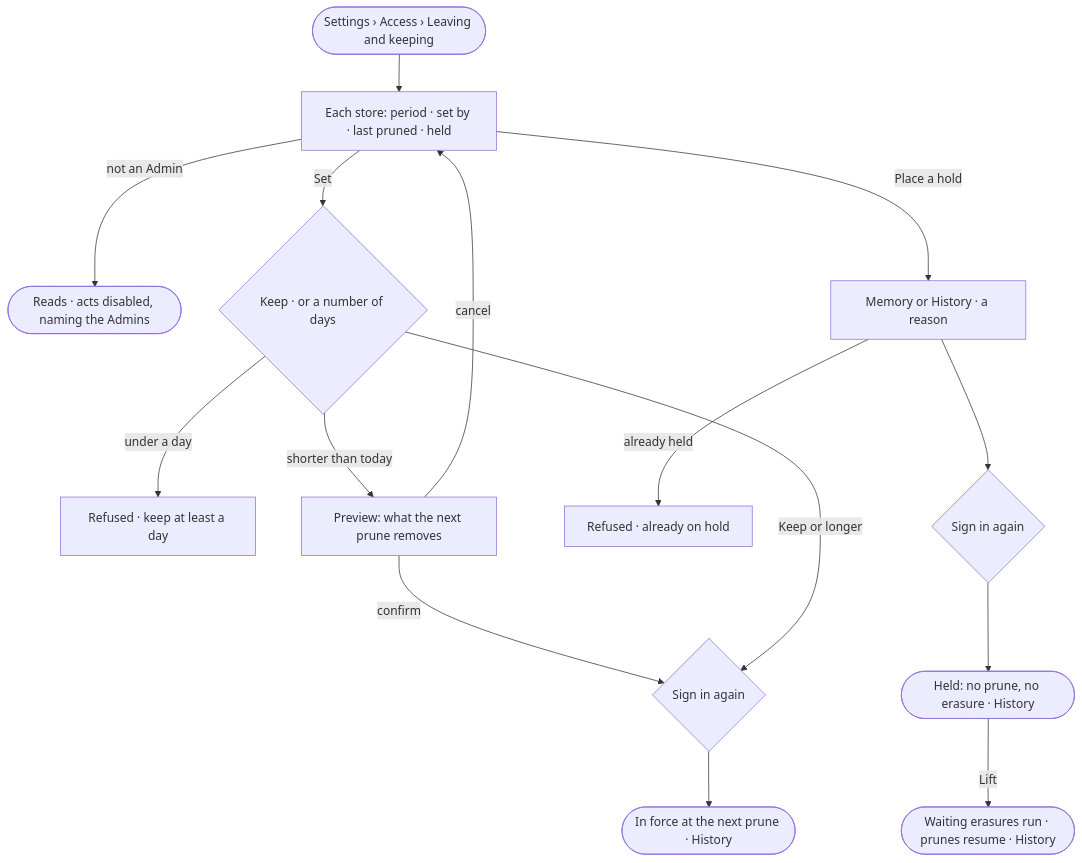
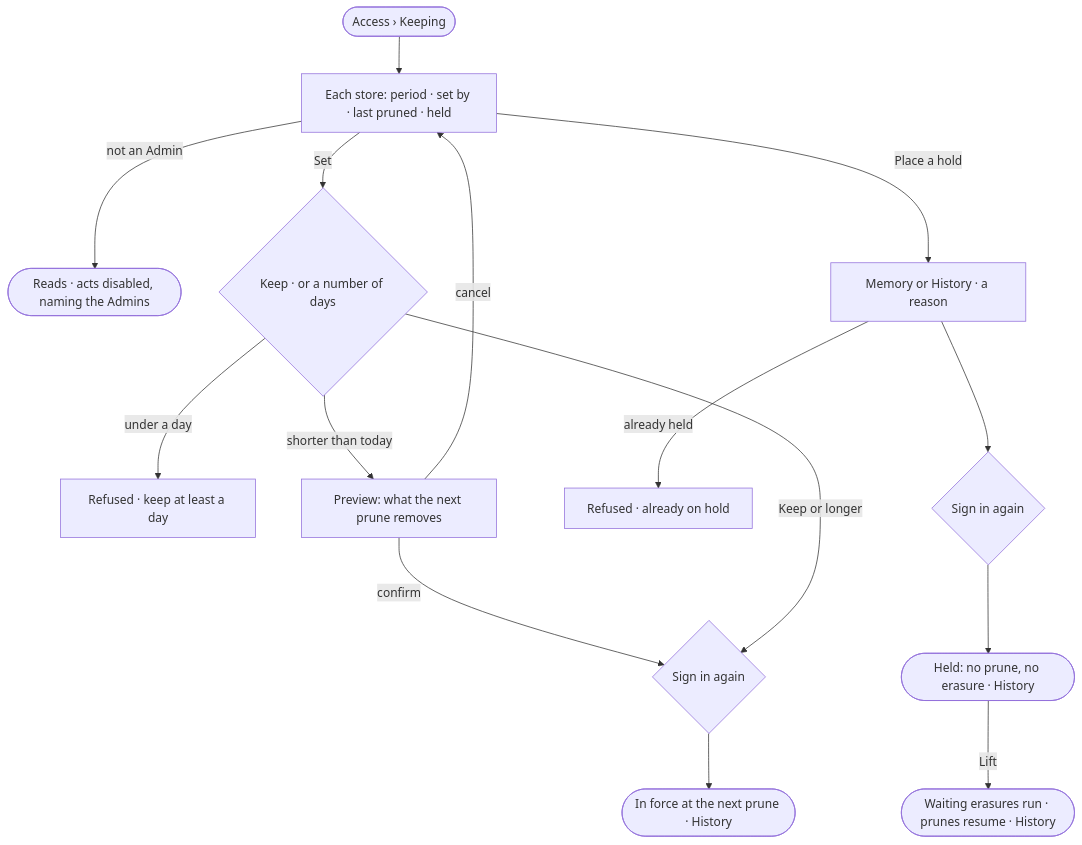
The diagram in specs/os/access/features/AC-F12-leaving-and-keeping/stories/AC-44-set-how-long-memory-and-history-are-kept-and-hold-them/story.md (invana/invana), drawn with Mermaid before and after one commit. The commit also changed other lines of this file and 133 other files, not shown here.

````diff
--- a/specs/os/access/features/AC-F12-leaving-and-keeping/stories/AC-44-set-how-long-memory-and-history-are-kept-and-hold-them/story.md
+++ b/specs/os/access/features/AC-F12-leaving-and-keeping/stories/AC-44-set-how-long-memory-and-history-are-kept-and-hold-them/story.md
@@ -27,16 +27,16 @@
 ```mermaid
 flowchart TD
-  s([Settings › Access › Leaving and keeping]) --> l["Each store: period · set by · last pruned · held"]
+  s([Access › Keeping]) --> l["Each store: period · set by · last pruned · held"]
   l -->|not an Admin| ro(["Reads · acts disabled, naming the Admins"])
   l -->|Set| p{"Keep · or a number of days"}
   p -->|under a day| r1["Refused · keep at least a day"]
   p -->|shorter than today| pv["Preview: what the next prune removes"]
   pv -->|cancel| l
   pv -->|confirm| pw{"Sign in again"}
   p -->|Keep or longer| pw
   pw --> ok(["In force at the next prune · History"])
   l -->|Place a hold| h["Memory or History · a reason"]
   h -->|already held| r2["Refused · already on hold"]
   h --> pw2{"Sign in again"} --> hd(["Held: no prune, no erasure · History"])
   hd -->|Lift| lf(["Waiting erasures run · prunes resume · History"])
 ```
````
